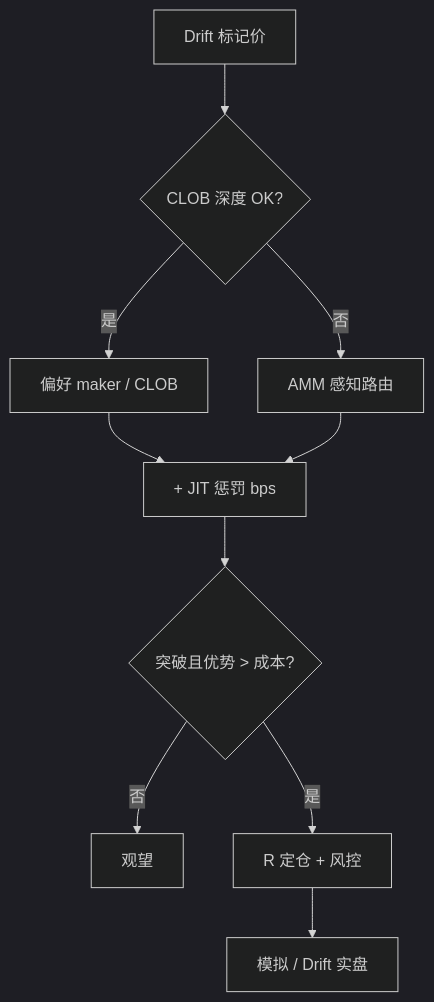
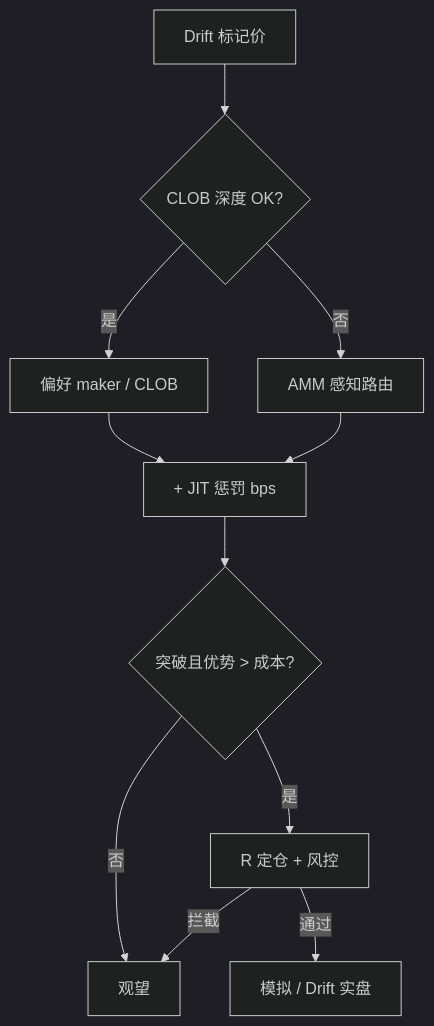
The second of 3 diagrams in README.zh.md (Drift-Trading-Lab/drift-protocol-perp-trading-bot), drawn with Mermaid (dark theme) before and after one commit. The commit also changed other lines of this file and 4 other files, not shown here.

````diff
--- a/README.zh.md
+++ b/README.zh.md
@@ -99,12 +104,13 @@
 ```mermaid
 flowchart TD
   T[Drift 标记价] --> M{CLOB 深度 OK?}
   M -->|是| C[偏好 maker / CLOB]
   M -->|否| A[AMM 感知路由]
   C --> J[+ JIT 惩罚 bps]
   A --> J
   J --> B{突破且优势 > 成本?}
   B -->|否| H[观望]
   B -->|是| R[R 定仓 + 风控]
-  R --> X[模拟 / Drift 实盘]
+  R -->|通过| X[模拟 / Drift 实盘]
+  R -->|拦截| H
 ```
````
